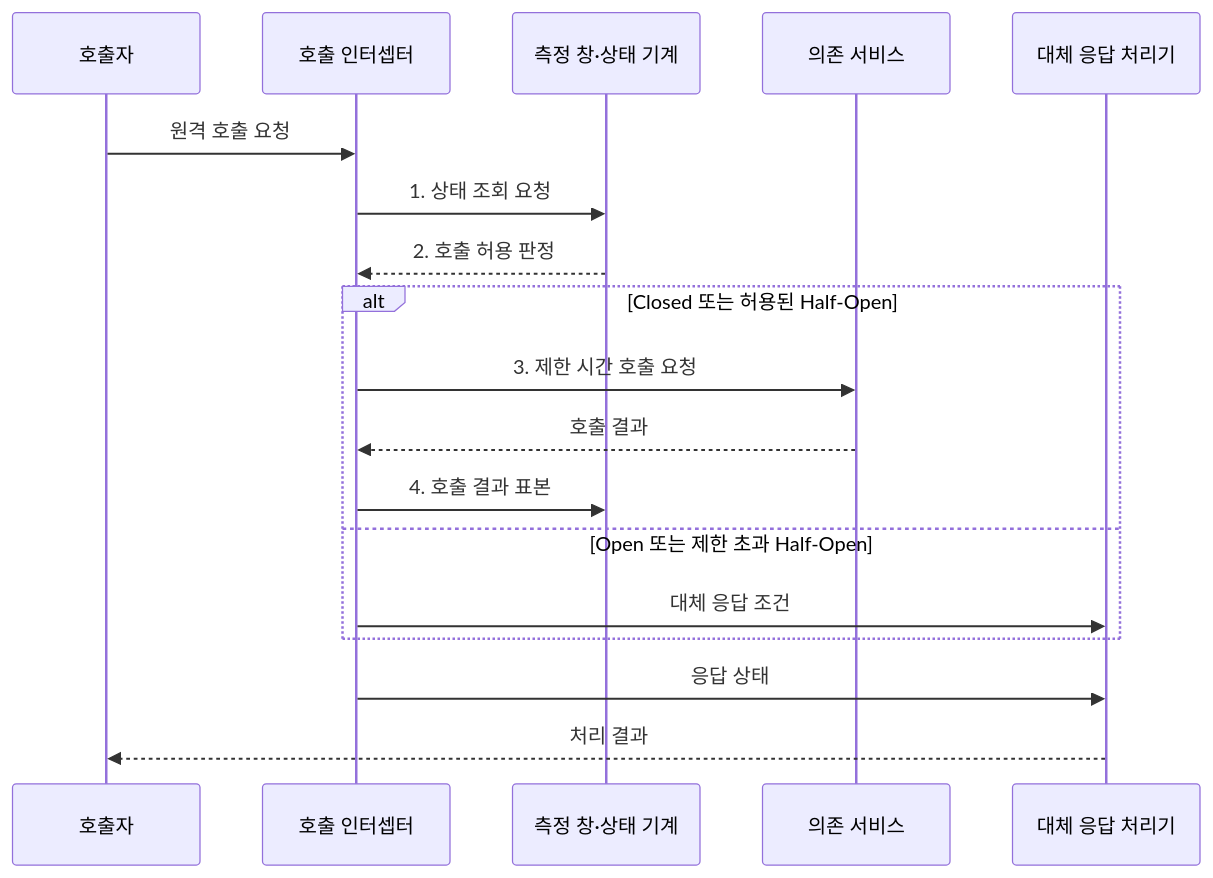
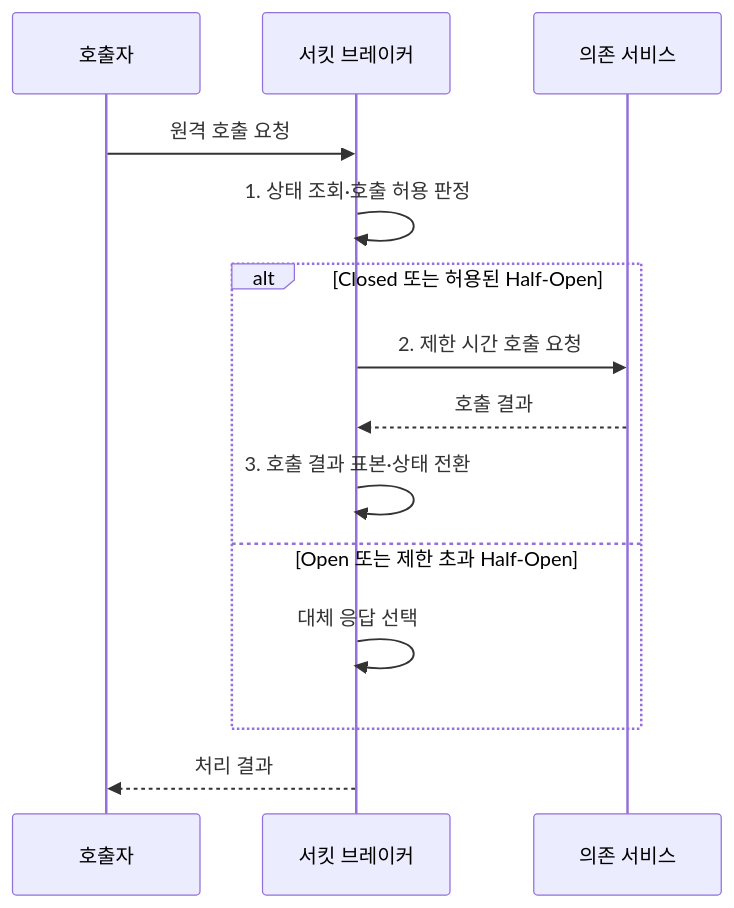
One commit to agnusdei1207/knowledge-base changed the second of 2 diagrams in src/content/docs/notes/03-software/041_circuit_breaker_pattern.md. Above: the diagram before and after it, drawn with Mermaid. The commit also changed other lines of this file and 6 other files, not shown here.

Commit message:
Trim software design diagram actors

````diff
--- a/src/content/docs/notes/03-software/041_circuit_breaker_pattern.md
+++ b/src/content/docs/notes/03-software/041_circuit_breaker_pattern.md
@@ -103,20 +103,16 @@
 ```mermaid
 sequenceDiagram
     participant C as 호출자
-    participant I as 호출 인터셉터
-    participant S as 측정 창·상태 기계
+    participant B as 서킷 브레이커
     participant D as 의존 서비스
-    participant F as 대체 응답 처리기
-    C->>I: 원격 호출 요청
-    I->>S: 1. 상태 조회 요청
-    S-->>I: 2. 호출 허용 판정
+    C->>B: 원격 호출 요청
+    B->>B: 1. 상태 조회·호출 허용 판정
     alt Closed 또는 허용된 Half-Open
-        I->>D: 3. 제한 시간 호출 요청
-        D-->>I: 호출 결과
-        I->>S: 4. 호출 결과 표본
+        B->>D: 2. 제한 시간 호출 요청
+        D-->>B: 호출 결과
+        B->>B: 3. 호출 결과 표본·상태 전환
     else Open 또는 제한 초과 Half-Open
-        I->>F: 대체 응답 조건
+        B->>B: 대체 응답 선택
     end
-    I->>F: 응답 상태
-    F-->>C: 처리 결과
+    B-->>C: 처리 결과
 ```
````
